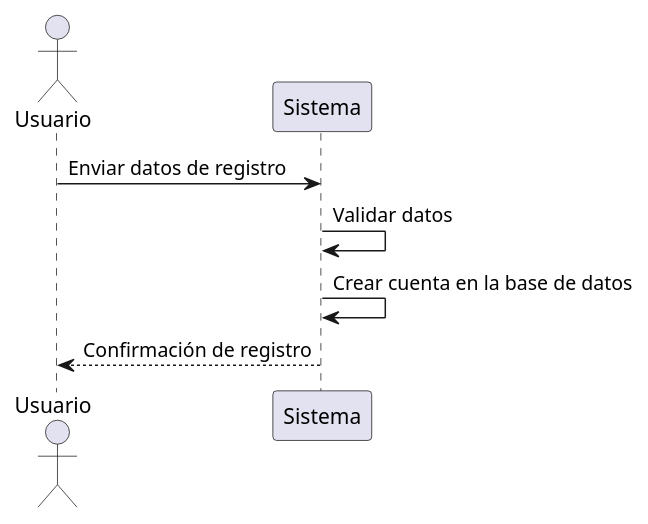
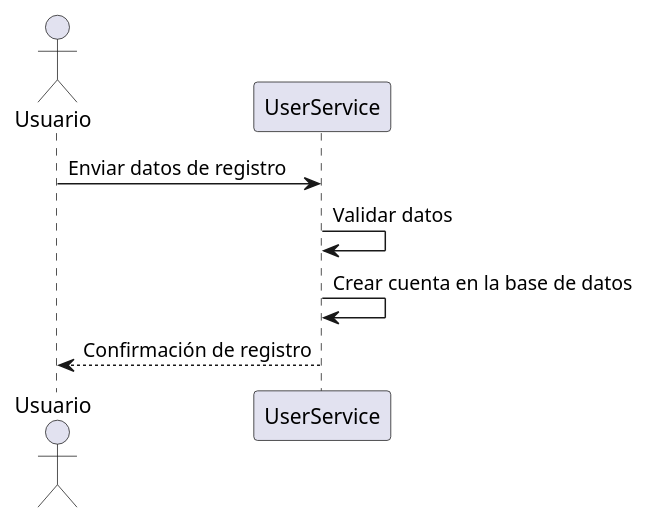
One commit to JavierSanabriaMiranda/wichat_es4a changed the first of 3 diagrams in docs/src/06_runtime_view.adoc. Above: the diagram before and after it, drawn with PlantUML. The commit also changed other lines of this file and 1 other file, not shown here.

```diff
--- a/docs/src/06_runtime_view.adoc
+++ b/docs/src/06_runtime_view.adoc
@@ -42,9 +42,9 @@
 [plantuml,"User Registration Sequence",png]
 ----
 actor Usuario
-participant "Sistema" as S
-Usuario -> S: Enviar datos de registro
-S -> S: Validar datos
-S -> S: Crear cuenta en la base de datos
-S --> Usuario: Confirmación de registro
+participant "UserService" as US
+Usuario -> US: Enviar datos de registro
+US -> US: Validar datos
+US -> US: Crear cuenta en la base de datos
+US --> Usuario: Confirmación de registro
 ----
```
